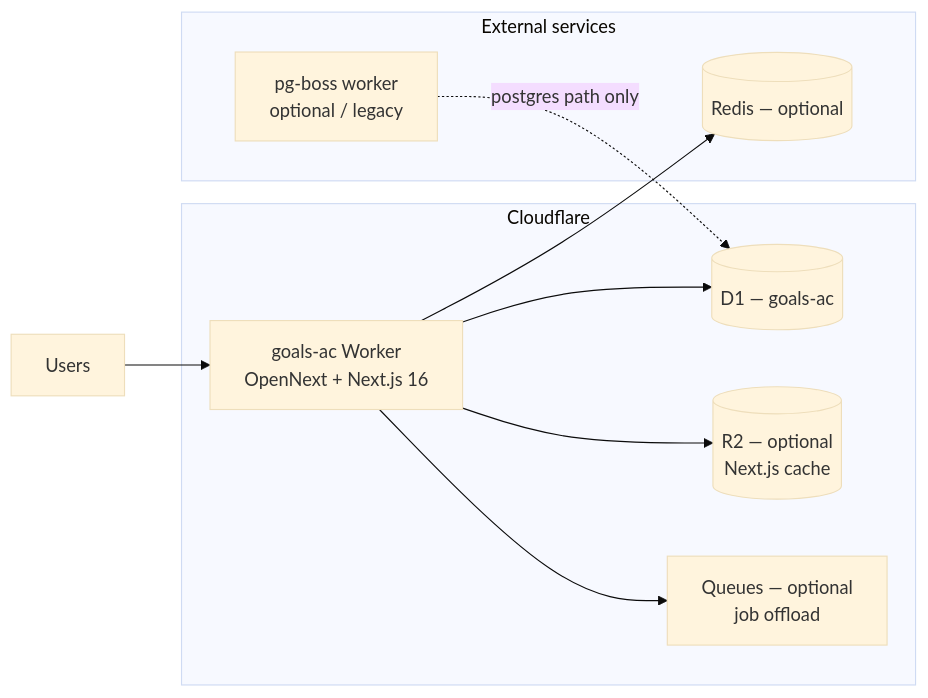
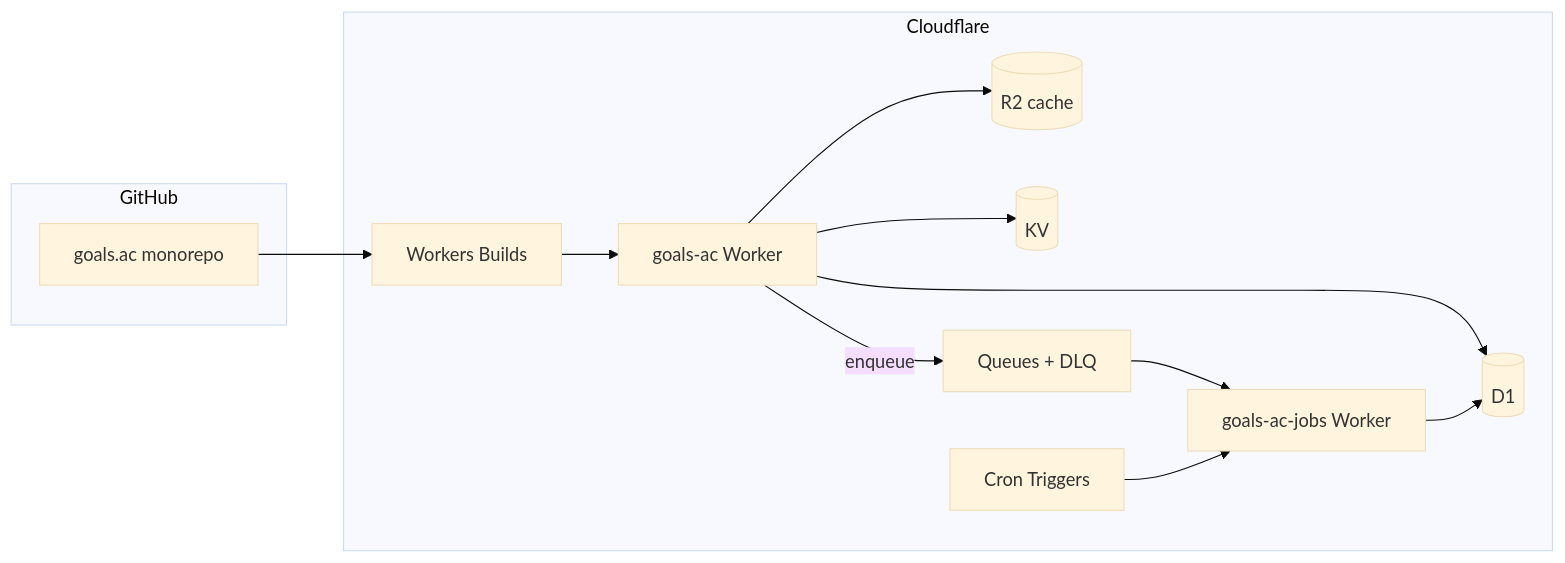
The diagram in docs/deploy-cloudflare.md (vineettalwar/goals.ac), drawn with Mermaid (base theme) before and after one commit. The commit also changed other lines of this file and 12 other files, not shown here.

````diff
--- a/docs/deploy-cloudflare.md
+++ b/docs/deploy-cloudflare.md
@@ -9,19 +9,25 @@
 ```mermaid
 flowchart LR
+  subgraph GitHub
+    Repo[goals.ac monorepo]
+  end
   subgraph CF [Cloudflare]
-    Worker[goals-ac Worker\nOpenNext + Next.js 16]
-    D1[(D1 — goals-ac)]
-    R2[(R2 — optional\nNext.js cache)]
-    Queues[Queues — optional\njob offload]
+    Builds[Workers Builds]
+    AppWorker[goals-ac Worker]
+    JobWorker[goals-ac-jobs Worker]
+    D1[(D1)]
+    R2[(R2 cache)]
+    KV[(KV)]
+    Queues[Queues + DLQ]
+    Cron[Cron Triggers]
   end
-  subgraph External [External services]
-    Jobs[pg-boss worker\noptional / legacy]
-    Redis[(Redis — optional)]
-  end
-  Users --> Worker
-  Worker --> D1
-  Worker --> R2
-  Worker --> Queues
-  Worker --> Redis
-  Jobs -.->|postgres path only| D1
+  Repo --> Builds
+  Builds --> AppWorker
+  AppWorker --> D1
+  AppWorker --> R2
+  AppWorker --> KV
+  AppWorker -->|enqueue| Queues
+  Queues --> JobWorker
+  Cron --> JobWorker
+  JobWorker --> D1
 ```
````
